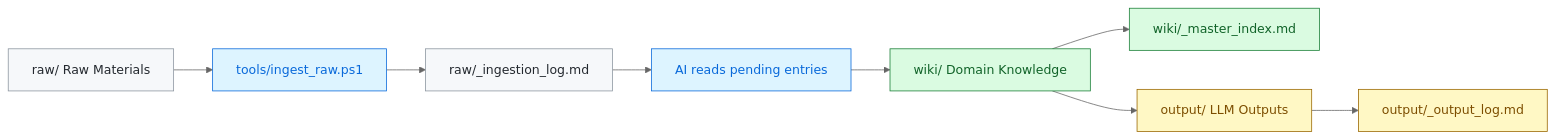
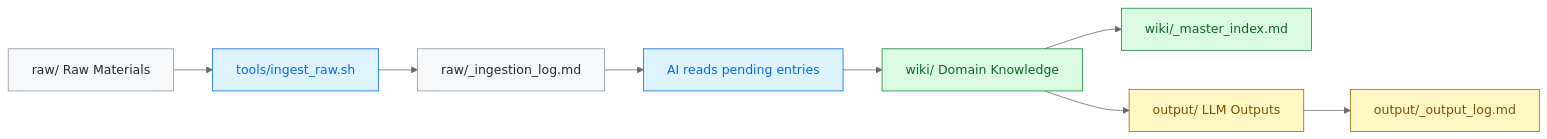
One commit to KkOma-value/vault changed the diagram in README.md. Above: the diagram before and after it, drawn with Mermaid (neutral theme). The commit also changed other lines of this file and 6 other files, not shown here.

````diff
--- a/README.md
+++ b/README.md
@@ -83,20 +83,20 @@
 ```mermaid
 flowchart LR
-    A["raw/ Raw Materials"] --> B["tools/ingest_raw.ps1"]
+    A["raw/ Raw Materials"] --> B["tools/ingest_raw.sh"]
     B --> C["raw/_ingestion_log.md"]
     C --> D["AI reads pending entries"]
     D --> E["wiki/ Domain Knowledge"]
     E --> F["wiki/_master_index.md"]
     E --> G["output/ LLM Outputs"]
     G --> H["output/_output_log.md"]
 
     classDef source fill:#f6f8fa,stroke:#8c959f,color:#24292f;
     classDef tool fill:#ddf4ff,stroke:#0969da,color:#0969da;
     classDef knowledge fill:#dafbe1,stroke:#1a7f37,color:#116329;
     classDef output fill:#fff8c5,stroke:#9a6700,color:#7d4e00;
 
     class A,C source;
     class B,D tool;
     class E,F knowledge;
     class G,H output;
 ```
````
